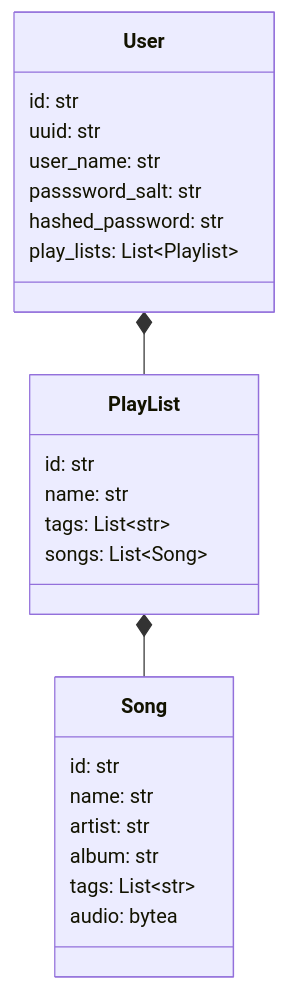
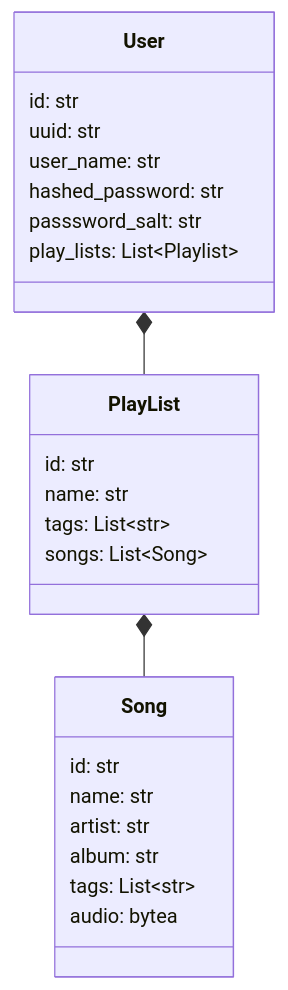
Before and after one commit to theglobehead/playlist-app-with-fastapi-react: the diagram in README.md, drawn with Mermaid. The commit also changed other lines of this file and 3 other files, not shown here.

````diff
--- a/README.md
+++ b/README.md
@@ -3,30 +3,30 @@
 ```mermaid
 classDiagram
     class User{
         id: str
         uuid: str
         user_name: str
+        hashed_password: str
         passsword_salt: str
-        hashed_password: str
         play_lists: List~Playlist~
     }
 
     class PlayList{
         id: str
         name: str
         tags: List~str~
         songs: List~Song~
     }
 
     class Song{
         id: str
         name: str
         artist: str
         album: str
         tags: List~str~
         audio: bytea
     }
 
     User *-- PlayList
     PlayList *-- Song
 ```
````
